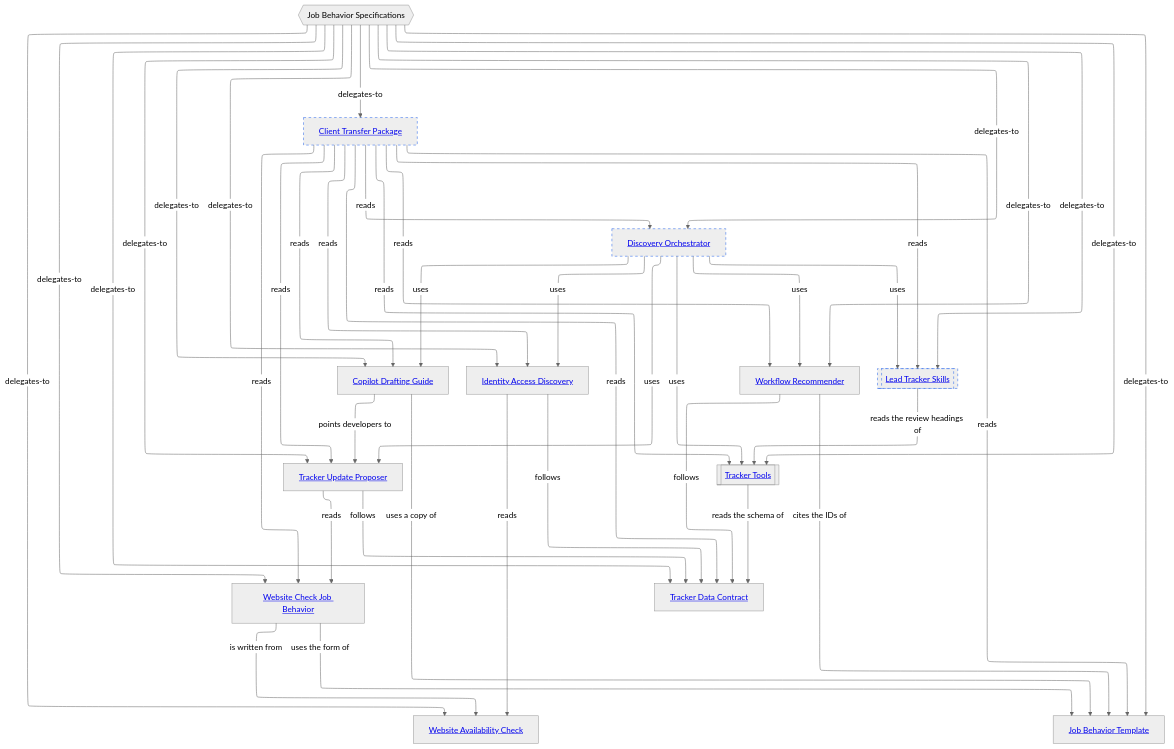
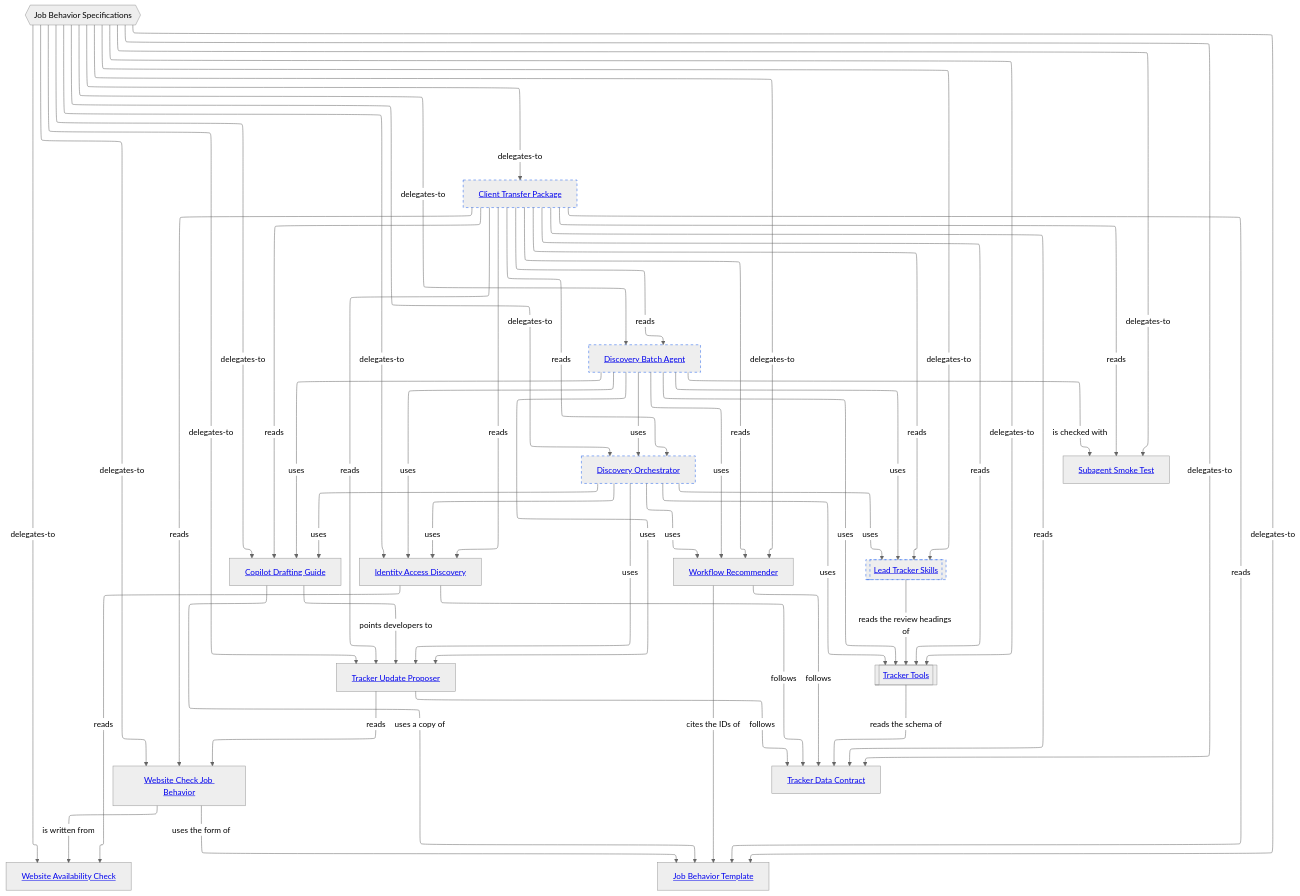
One commit to vrparthasarathy/migration-job-discovery changed the second of 2 diagrams in README.md. Above: the diagram before and after it, drawn with Mermaid (neutral theme). The commit also changed other lines of this file and 11 other files, not shown here.

Commit message:
Plan Discovery Batch Agent and Index Wording.

````diff
--- a/README.md
+++ b/README.md
@@ -146,62 +154,76 @@
 ```mermaid
 ---
 config:
   layout: elk
 ---
 %%{init: {"securityLevel": "loose"}}%%
 flowchart TB
   root{{"Job Behavior Specifications"}}
   check["<a href='website-availability-check/README.md#diagram'>Website Availability Check</a>"]
   tmpl["<a href='job-behavior-template/README.md#diagram'>Job Behavior Template</a>"]
   ref["<a href='website-check-job-behavior/README.md#diagram'>Website Check Job Behavior</a>"]
   guide["<a href='copilot-drafting-guide/README.md#diagram'>Copilot Drafting Guide</a>"]
   contract["<a href='tracker-data-contract/README.md#diagram'>Tracker Data Contract</a>"]
   proposer["<a href='tracker-update-proposer/README.md#diagram'>Tracker Update Proposer</a>"]
   access["<a href='identity-access-discovery/README.md#diagram'>Identity Access Discovery</a>"]
   recommender["<a href='workflow-recommender/README.md#diagram'>Workflow Recommender</a>"]
   tools[["<a href='tracker-tools/README.md#diagram'>Tracker Tools</a>"]]
   orch["<a href='discovery-orchestrator/README.md#planned-diagram'>Discovery Orchestrator</a>"]:::planned
   transfer["<a href='client-transfer-package/README.md#planned-diagram'>Client Transfer Package</a>"]:::planned
   skills[["<a href='lead-tracker-skills/README.md#diagram'>Lead Tracker Skills</a>"]]:::planned
+  batch["<a href='discovery-batch-agent/README.md#planned-diagram'>Discovery Batch Agent</a>"]:::planned
+  smoke["<a href='subagent-smoke-test/README.md#design'>Subagent Smoke Test</a>"]
   root -->|delegates-to| check
   root -->|delegates-to| tmpl
   root -->|delegates-to| ref
   root -->|delegates-to| guide
   root -->|delegates-to| contract
   root -->|delegates-to| proposer
   root -->|delegates-to| access
   root -->|delegates-to| recommender
   root -->|delegates-to| tools
   root -->|delegates-to| orch
   root -->|delegates-to| transfer
   root -->|delegates-to| skills
+  root -->|delegates-to| batch
+  root -->|delegates-to| smoke
   ref -->|"uses the form of"| tmpl
   ref -->|"is written from"| check
   guide -->|"uses a copy of"| tmpl
   guide -->|"points developers to"| proposer
   proposer -->|"follows"| contract
   access -->|"follows"| contract
   recommender -->|"follows"| contract
   tools -->|"reads the schema of"| contract
   proposer -->|"reads"| ref
   access -->|"reads"| check
   recommender -->|"cites the IDs of"| tmpl
   orch -->|"uses"| proposer
   orch -->|"uses"| access
   orch -->|"uses"| guide
   orch -->|"uses"| recommender
   orch -->|"uses"| tools
   transfer -->|"reads"| guide
   transfer -->|"reads"| proposer
   transfer -->|"reads"| access
   transfer -->|"reads"| recommender
   transfer -->|"reads"| orch
   transfer -->|"reads"| contract
   transfer -->|"reads"| tools
   transfer -->|"reads"| tmpl
   transfer -->|"reads"| ref
   transfer -->|"reads"| skills
   skills -->|"reads the review headings of"| tools
   orch -->|"uses"| skills
+  batch -->|"uses"| proposer
+  batch -->|"uses"| access
+  batch -->|"uses"| guide
+  batch -->|"uses"| recommender
+  batch -->|"uses"| tools
+  batch -->|"uses"| skills
+  batch -->|"uses"| orch
+  batch -->|"is checked with"| smoke
+  transfer -->|"reads"| batch
+  transfer -->|"reads"| smoke
   classDef planned stroke-dasharray: 5 5,stroke:#2563eb
 ```
````
